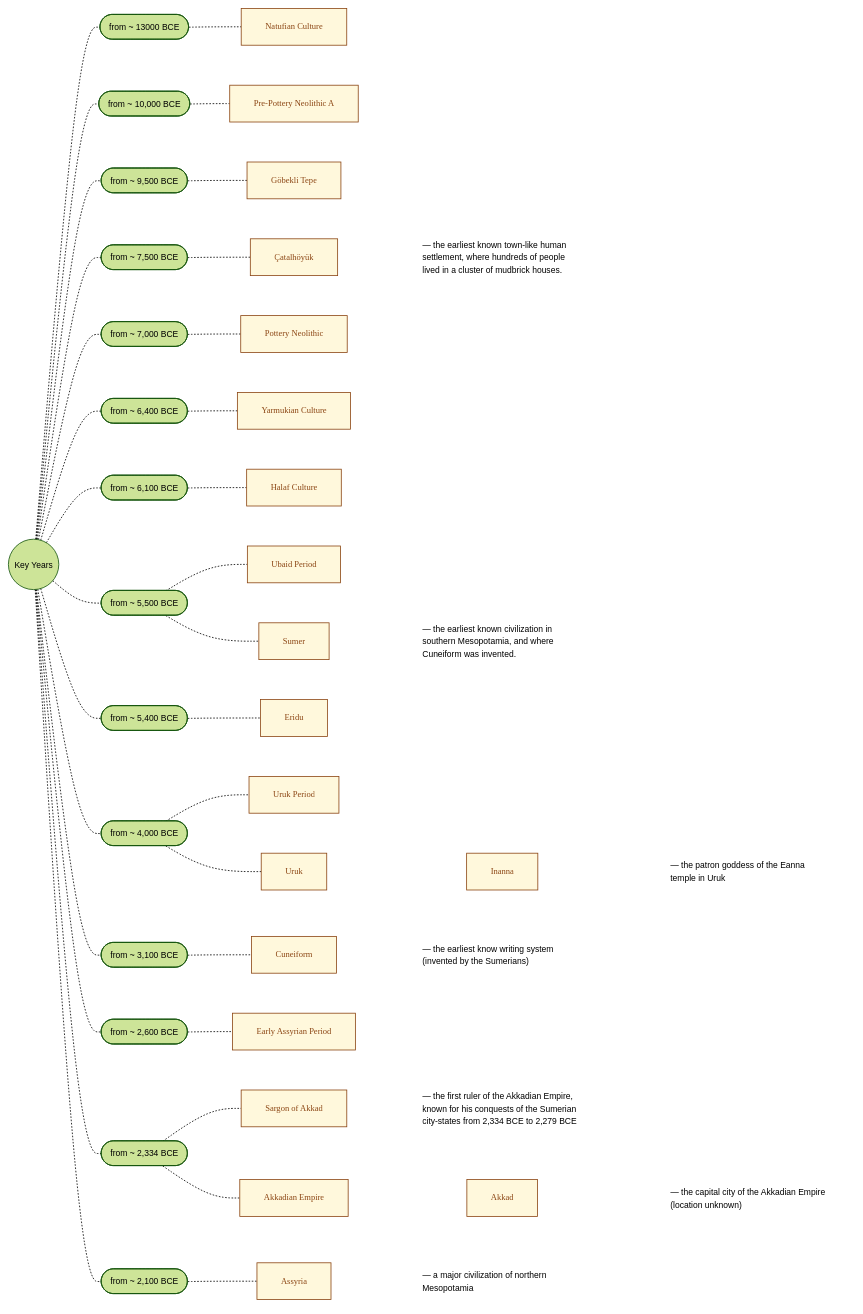
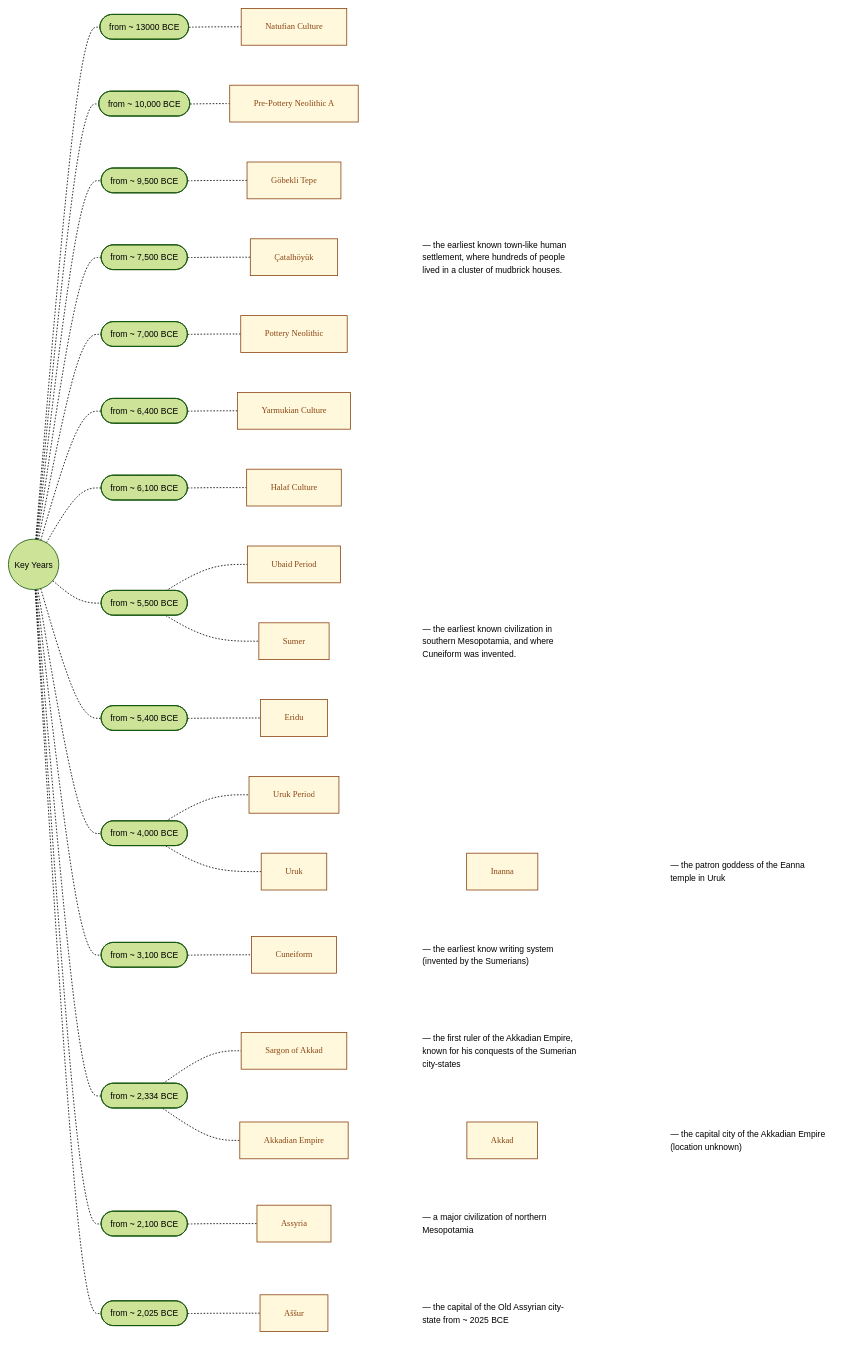
One commit to joe-dorward/samples changed the diagram in mesopotamian_timeline_v1.01.md. Above: the diagram before and after it, drawn with Mermaid.

```diff
--- a/mesopotamian_timeline_v1.01.md
+++ b/mesopotamian_timeline_v1.01.md
@@ -71,25 +71,7 @@
       class NATUFIAN,PRE_POTTERY_NEOLITHIC_A,GOBEKLI_TEPE,CATALHOYUK,POTTERY_NEOLITHIC,YARNUKIAN,HALAF,UBAID,SUMER,ERIDU,URUK_PERIOD,URUK,INANNA,CUNEIFORM Note;
       class CATALHOYUK_NOTE,SUMER_NOTE,INANNA_NOTE,CUNEIFORM_NOTE Summary
       %% ========== ========== ========== ========== ==========
-      2600([from ~ 2,600 BCE])
-            EARLY_ASSYRIAN_PERIOD[Early Assyrian Period]
-            click EARLY_ASSYRIAN_PERIOD "https://en.wikipedia.org/wiki/Early_Assyrian_period" _blank
 
-      2334([from ~ 2,334 BCE])
-            SARGON_OF_AKKAD[Sargon of Akkad]
-            SARGON_OF_AKKAD_NOTE[#151; the first ruler of the Akkadian Empire, known for his conquests of the Sumerian city-states from 2,334 BCE to 2,279 BCE]
-            AKKADIAN_EMPIRE[Akkadian Empire]
-            AKKAD[Akkad]
-            AKKAD_NOTE["#151; the capital city of the Akkadian Empire (location unknown)"]
-            click AKKADIAN_EMPIRE "https://en.wikipedia.org/wiki/Akkadian_Empire" _blank
-
-      2100([from ~ 2,100 BCE])
-            ASSYRIA[Assyria]
-            ASSYRIA_NOTE[#151; a major civilization of northern Mesopotamia]
-            click ASSYRIA "https://en.wikipedia.org/wiki/Assyria" _blank
-
-      class EARLY_ASSYRIAN_PERIOD,SARGON_OF_AKKAD,AKKADIAN_EMPIRE,AKKAD,ASSYRIA Note;
-      class SARGON_OF_AKKAD_NOTE,AKKAD_NOTE,ASSYRIA_NOTE Summary
       %% ========== ========== ========== ========== ==========
       KEY_YEARS-.-13000-.-NATUFIAN
       KEY_YEARS-.-10000-.-PRE_POTTERY_NEOLITHIC_A
@@ -106,11 +88,42 @@
       KEY_YEARS-.-3100-.-CUNEIFORM~~~CUNEIFORM_NOTE
 
       %% ========== ========== ========== ========== ==========
-      KEY_YEARS-.-2600-.-EARLY_ASSYRIAN_PERIOD
+      %%2600([from ~ 2,600 BCE])
+            %%EARLY_ASSYRIAN_PERIOD[Early Assyrian Period]
+            %%click EARLY_ASSYRIAN_PERIOD "https://en.wikipedia.org/wiki/Early_Assyrian_period" _blank
+
+      2334([from ~ 2,334 BCE])
+            SARGON_OF_AKKAD[Sargon of Akkad]
+            SARGON_OF_AKKAD_NOTE[#151; the first ruler of the Akkadian Empire, known for his conquests of the Sumerian city-states]
+            AKKADIAN_EMPIRE[Akkadian Empire]
+            AKKAD[Akkad]
+            AKKAD_NOTE["#151; the capital city of the Akkadian Empire (location unknown)"]
+            click AKKADIAN_EMPIRE "https://en.wikipedia.org/wiki/Akkadian_Empire" _blank
+
+      2100([from ~ 2,100 BCE])
+            ASSYRIA[Assyria]
+            ASSYRIA_NOTE[#151; a major civilization of northern Mesopotamia]
+            click ASSYRIA "https://en.wikipedia.org/wiki/Assyria" _blank
+
+      2025([from ~ 2,025 BCE])
+            ASSUR[Aššur]
+            ASSUR_NOTE[#151; the capital of the Old Assyrian city-state from ~ 2025 BCE]
+            click ASSUR "https://en.wikipedia.org/wiki/Assur" _blank
+
+
+      %% ---------- ---------- ---------- ---------- ---------- ---------- ----------
+      class EARLY_ASSYRIAN_PERIOD,SARGON_OF_AKKAD,AKKADIAN_EMPIRE,AKKAD,ASSYRIA,ASSUR Note;
+      class SARGON_OF_AKKAD_NOTE,AKKAD_NOTE,ASSYRIA_NOTE,ASSUR_NOTE Summary
+      %% ---------- ---------- ---------- ---------- ---------- ---------- ----------
+
+      %%KEY_YEARS-.-2600-.-EARLY_ASSYRIAN_PERIOD
       KEY_YEARS-.-2334-.-SARGON_OF_AKKAD~~~SARGON_OF_AKKAD_NOTE
                   2334-.-AKKADIAN_EMPIRE
                          AKKADIAN_EMPIRE~~~AKKAD~~~AKKAD_NOTE
       KEY_YEARS-.-2100-.-ASSYRIA~~~ASSYRIA_NOTE
+      KEY_YEARS-.-2025-.-ASSUR~~~ASSUR_NOTE
+
+      %% ========== ========== ========== ========== ==========
 
     %%linkStyle 0 stroke-width:2px,fill:none,stroke:red;
     %%linkStyle 1 stroke-width:2px,fill:none,stroke:blue;
```
